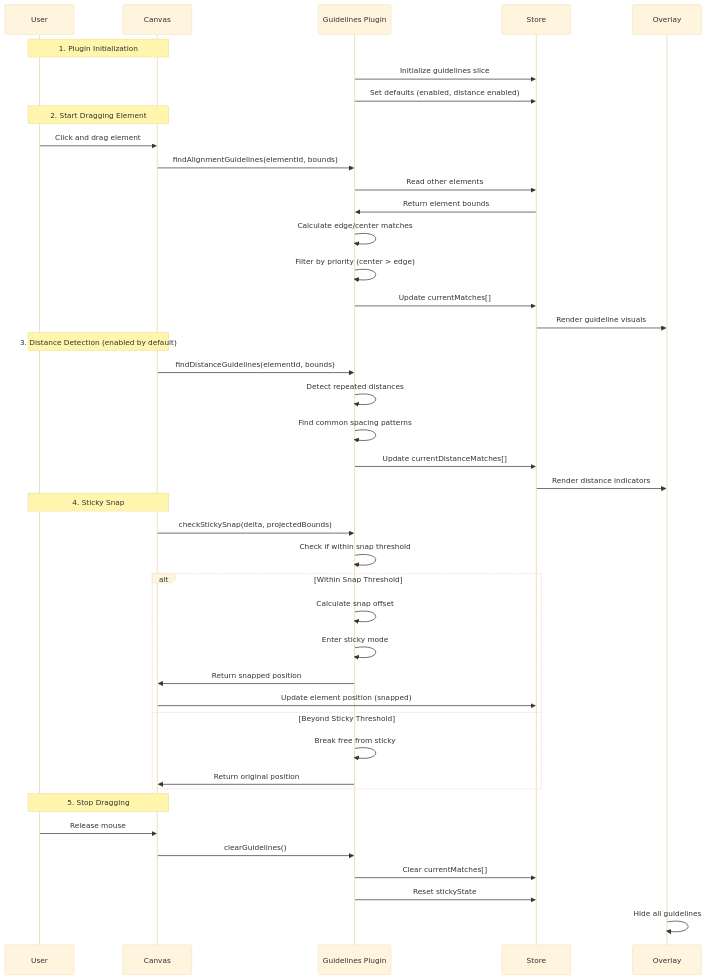
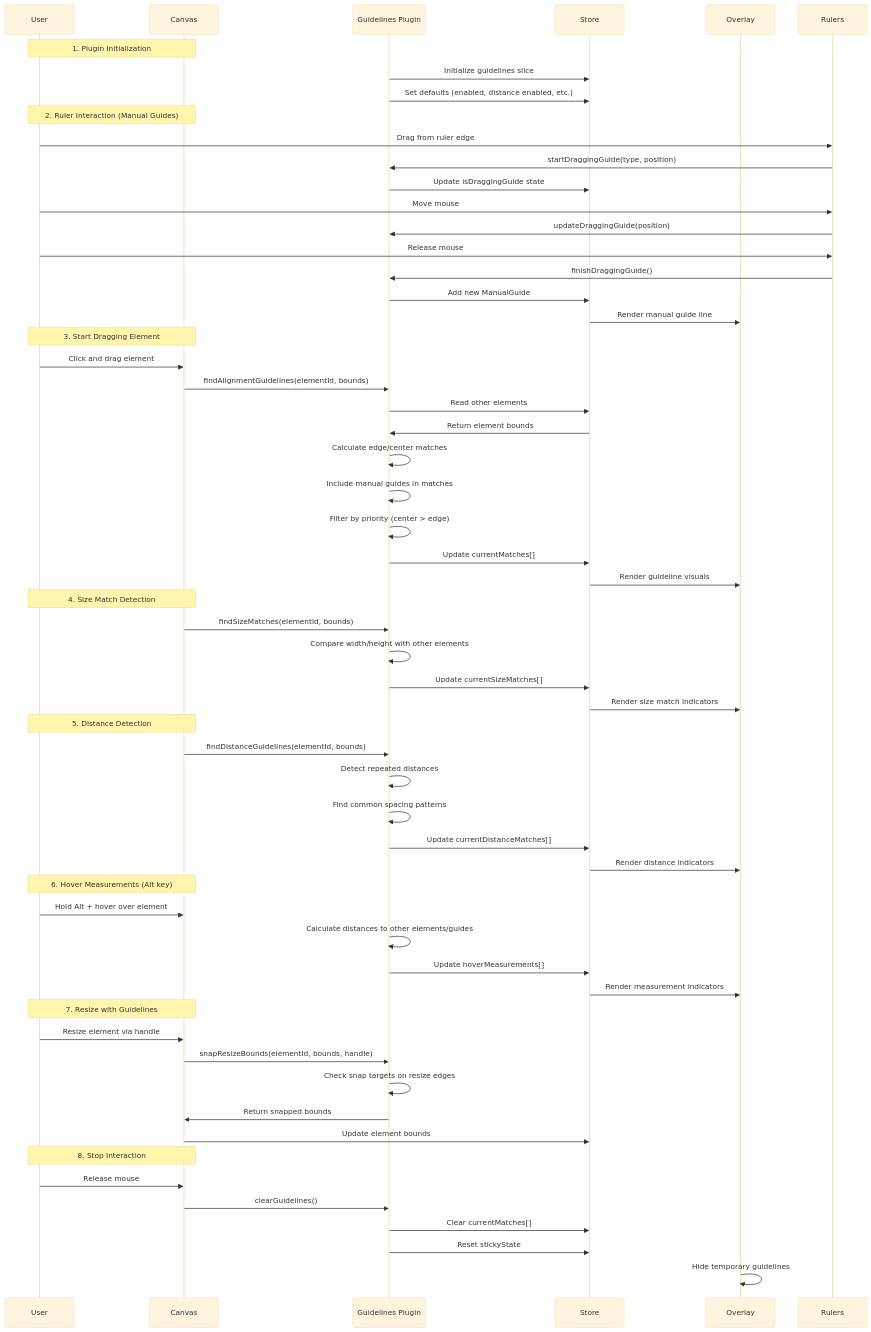
Before and after one commit to ekrsulov/ttpe: the first of 4 diagrams in doc/docs/plugins/catalog/guidelines.md, drawn with Mermaid (base theme). The commit also changed other lines of this file and 1 other file, not shown here.

Commit message:
docs(lasso): update lasso plugin documentation to clarify open lasso default mode

````diff
--- a/doc/docs/plugins/catalog/guidelines.md
+++ b/doc/docs/plugins/catalog/guidelines.md
@@ -24,50 +29,68 @@
 ```mermaid
 sequenceDiagram
     participant User
     participant Canvas
     participant GP as Guidelines Plugin
     participant Store
     participant Overlay
+    participant Rulers
     
     Note over User,Canvas: 1. Plugin Initialization
     GP->>Store: Initialize guidelines slice
-    GP->>Store: Set defaults (enabled, distance enabled)
+    GP->>Store: Set defaults (enabled, distance enabled, etc.)
     
-    Note over User,Canvas: 2. Start Dragging Element
+    Note over User,Canvas: 2. Ruler Interaction (Manual Guides)
+    User->>Rulers: Drag from ruler edge
+    Rulers->>GP: startDraggingGuide(type, position)
+    GP->>Store: Update isDraggingGuide state
+    User->>Rulers: Move mouse
+    Rulers->>GP: updateDraggingGuide(position)
+    User->>Rulers: Release mouse
+    Rulers->>GP: finishDraggingGuide()
+    GP->>Store: Add new ManualGuide
+    Store->>Overlay: Render manual guide line
+    
+    Note over User,Canvas: 3. Start Dragging Element
     User->>Canvas: Click and drag element
     Canvas->>GP: findAlignmentGuidelines(elementId, bounds)
     GP->>Store: Read other elements
     Store->>GP: Return element bounds
     GP->>GP: Calculate edge/center matches
+    GP->>GP: Include manual guides in matches
     GP->>GP: Filter by priority (center > edge)
     GP->>Store: Update currentMatches[]
     Store->>Overlay: Render guideline visuals
     
-    Note over User,Canvas: 3. Distance Detection (enabled by default)
+    Note over User,Canvas: 4. Size Match Detection
+    Canvas->>GP: findSizeMatches(elementId, bounds)
+    GP->>GP: Compare width/height with other elements
+    GP->>Store: Update currentSizeMatches[]
+    Store->>Overlay: Render size match indicators
+    
+    Note over User,Canvas: 5. Distance Detection
     Canvas->>GP: findDistanceGuidelines(elementId, bounds)
     GP->>GP: Detect repeated distances
     GP->>GP: Find common spacing patterns
     GP->>Store: Update currentDistanceMatches[]
     Store->>Overlay: Render distance indicators
     
-    Note over User,Canvas: 4. Sticky Snap
-    Canvas->>GP: checkStickySnap(delta, projectedBounds)
-    GP->>GP: Check if within snap threshold
+    Note over User,Canvas: 6. Hover Measurements (Alt key)
+    User->>Canvas: Hold Alt + hover over element
+    GP->>GP: Calculate distances to other elements/guides
+    GP->>Store: Update hoverMeasurements[]
+    Store->>Overlay: Render measurement indicators
     
-    alt Within Snap Threshold
-        GP->>GP: Calculate snap offset
-        GP->>GP: Enter sticky mode
-        GP->>Canvas: Return snapped position
-        Canvas->>Store: Update element position (snapped)
-    else Beyond Sticky Threshold
-        GP->>GP: Break free from sticky
-        GP->>Canvas: Return original position
-    end
+    Note over User,Canvas: 7. Resize with Guidelines
+    User->>Canvas: Resize element via handle
+    Canvas->>GP: snapResizeBounds(elementId, bounds, handle)
+    GP->>GP: Check snap targets on resize edges
+    GP->>Canvas: Return snapped bounds
+    Canvas->>Store: Update element bounds
     
-    Note over User,Canvas: 5. Stop Dragging
+    Note over User,Canvas: 8. Stop Interaction
     User->>Canvas: Release mouse
     Canvas->>GP: clearGuidelines()
     GP->>Store: Clear currentMatches[]
     GP->>Store: Reset stickyState
-    Overlay->>Overlay: Hide all guidelines
+    Overlay->>Overlay: Hide temporary guidelines
 ```
````
